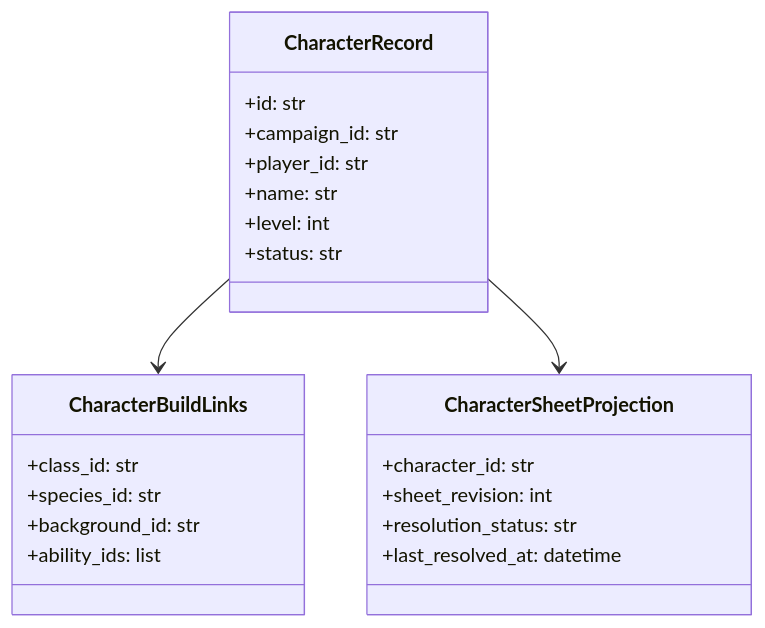
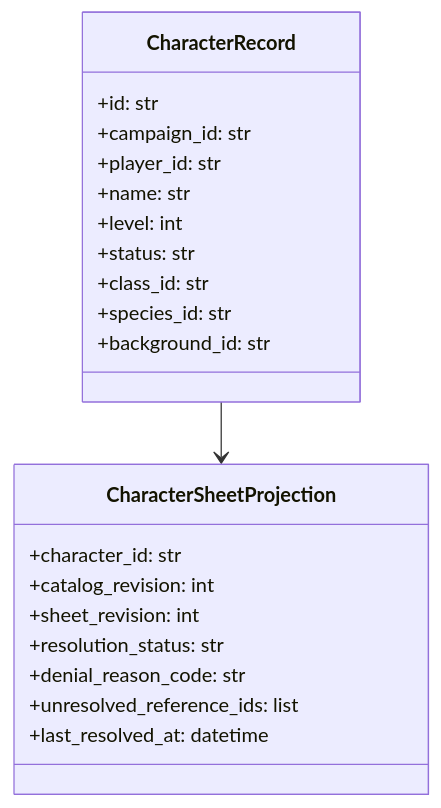
One commit to Pixelfehler310/cmv2 changed the diagram in ISSUES/architecture/01_contracts/dnd5e/ISSUE_[CONTRACT]_[DND5E-05]_character_and_sheet_schema.md. Above: the diagram before and after it, drawn with Mermaid. The commit also changed other lines of this file and 55 other files, not shown here.

````diff
--- a/ISSUES/architecture/01_contracts/dnd5e/ISSUE_[CONTRACT]_[DND5E-05]_character_and_sheet_schema.md
+++ b/ISSUES/architecture/01_contracts/dnd5e/ISSUE_[CONTRACT]_[DND5E-05]_character_and_sheet_schema.md
@@ -35,28 +89,26 @@
 ```mermaid
 classDiagram
     class CharacterRecord {
         +id: str
         +campaign_id: str
         +player_id: str
         +name: str
         +level: int
         +status: str
-    }
-
-    class CharacterBuildLinks {
         +class_id: str
         +species_id: str
         +background_id: str
-        +ability_ids: list
     }
 
     class CharacterSheetProjection {
         +character_id: str
+        +catalog_revision: int
         +sheet_revision: int
         +resolution_status: str
+        +denial_reason_code: str
+        +unresolved_reference_ids: list
         +last_resolved_at: datetime
     }
 
-    CharacterRecord --> CharacterBuildLinks
     CharacterRecord --> CharacterSheetProjection
 ```
````
